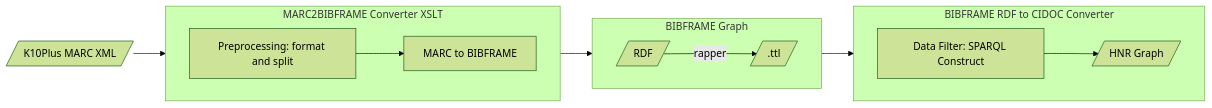
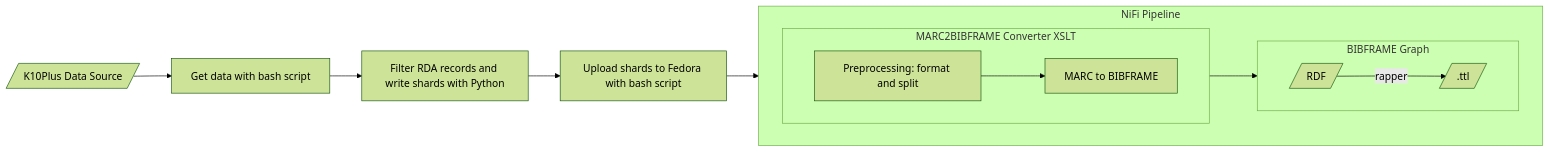
One commit to sonar-idh/marketplace-backend changed the diagram in k10plus/MVP_K10PLUS.md. Above: the diagram before and after it, drawn with Mermaid (forest theme). The commit also changed other lines of this file and 1 other file, not shown here.

Commit message:
docs(k10plus): added new info

````diff
--- a/k10plus/MVP_K10PLUS.md
+++ b/k10plus/MVP_K10PLUS.md
@@ -13,20 +15,21 @@
   ```mermaid
 flowchart LR
-    subgraph MARC2BIBFRAME[MARC2BIBFRAME Converter XSLT]
+    s1[/K10Plus Data Source/] --> s2[Get data with bash script]
+    s2 --> s3[Filter RDA records and write shards with Python]
+    s3 --> s4[Upload shards to Fedora with bash script]
+
+    subgraph NIFI[NiFi Pipeline]
         direction LR
-        m1[Preprocessing: format and split] --> m2[MARC to BIBFRAME]
-    end
-    subgraph RDF2CIDOC[BIBFRAME RDF to CIDOC Converter]
-        direction LR
-        f --> t2[/HNR Graph/]
-    end
-    subgraph BIBFRAME2[BIBFRAME Graph]
-        direction LR
-    m2 --> r[/RDF/]
-    r -->|rapper| t[/.ttl/]
-
+        subgraph MARC2BIBFRAME[MARC2BIBFRAME Converter XSLT]
+            direction LR
+            m1[Preprocessing: format and split] --> m2[MARC to BIBFRAME]
+        end
+        subgraph BIBFRAME2[BIBFRAME Graph]
+            direction LR
+            r[/RDF/] -->|rapper| t[/.ttl/]
+        end
+        m2 --> r
     end
 
-    s1[/K10Plus MARC XML/] --> m1
-    t --> f[Data Filter: SPARQL Construct]
+    s4 --> m1
   ```
````
